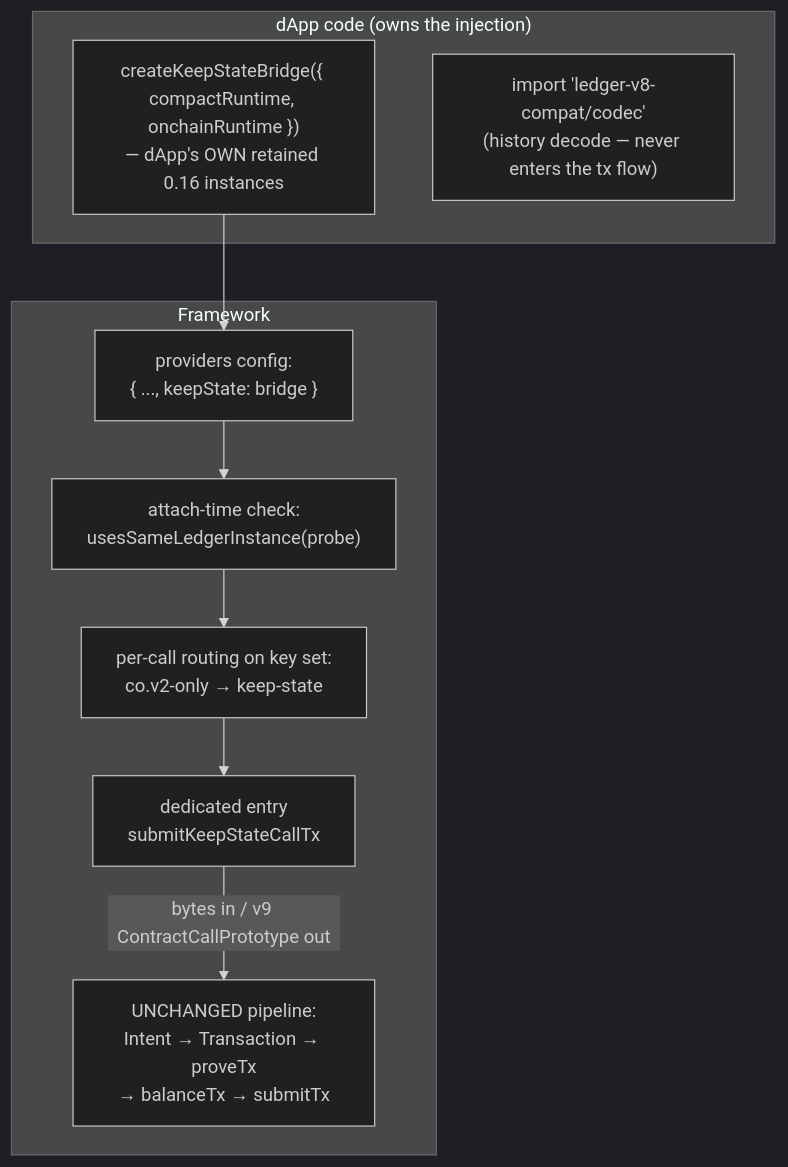
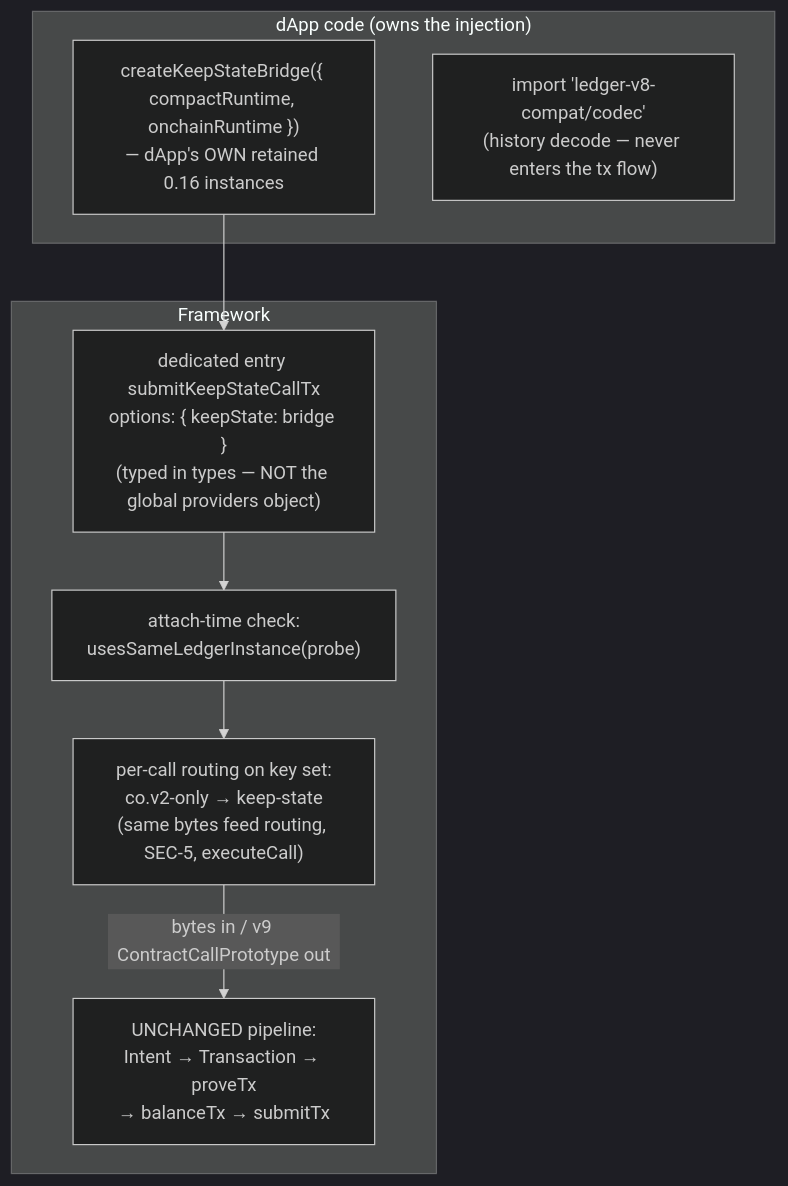
One commit to midnightntwrk/midnight-js changed the fourth of 11 diagrams in docs/superpowers/architecture/2026-08-05-ledger-v8-v9-dual-support-architecture.md. Above: the diagram before and after it, drawn with Mermaid (dark theme). The commit also changed other lines of this file and 1 other file, not shown here.

First line of the commit message:
docs: sync architecture doc to spec v3.6, fix mermaid render error

````diff
--- a/docs/superpowers/architecture/2026-08-05-ledger-v8-v9-dual-support-architecture.md
+++ b/docs/superpowers/architecture/2026-08-05-ledger-v8-v9-dual-support-architecture.md
@@ -209,17 +218,16 @@
 ```mermaid
 flowchart TB
     subgraph dappcode["dApp code (owns the injection)"]
         create["createKeepStateBridge({ compactRuntime, onchainRuntime })<br/>— dApp's OWN retained 0.16 instances"]
         codec["import 'ledger-v8-compat/codec'<br/>(history decode — never enters the tx flow)"]
     end
     subgraph fw["Framework"]
-        cfg["providers config:<br/>{ ..., keepState: bridge }"]
+        entry["dedicated entry submitKeepStateCallTx<br/>options: { keepState: bridge }<br/>(typed in types — NOT the global providers object)"]
         attach["attach-time check:<br/>usesSameLedgerInstance(probe)"]
-        route["per-call routing on key set:<br/>co.v2-only → keep-state"]
-        entry["dedicated entry<br/>submitKeepStateCallTx"]
+        route["per-call routing on key set:<br/>co.v2-only → keep-state<br/>(same bytes feed routing, SEC-5, executeCall)"]
         pipe["UNCHANGED pipeline:<br/>Intent → Transaction → proveTx<br/>→ balanceTx → submitTx"]
     end
 
-    create --> cfg --> attach --> route --> entry
-    entry -->|"bytes in / v9 ContractCallPrototype out"| pipe
+    create --> entry --> attach --> route
+    route -->|"bytes in / v9 ContractCallPrototype out"| pipe
 ```
````
